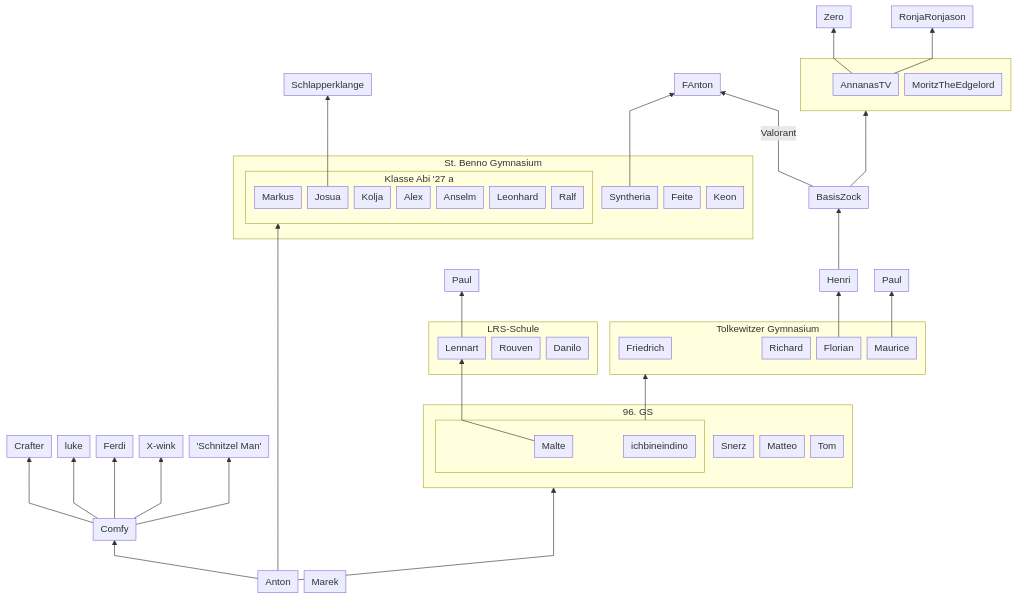
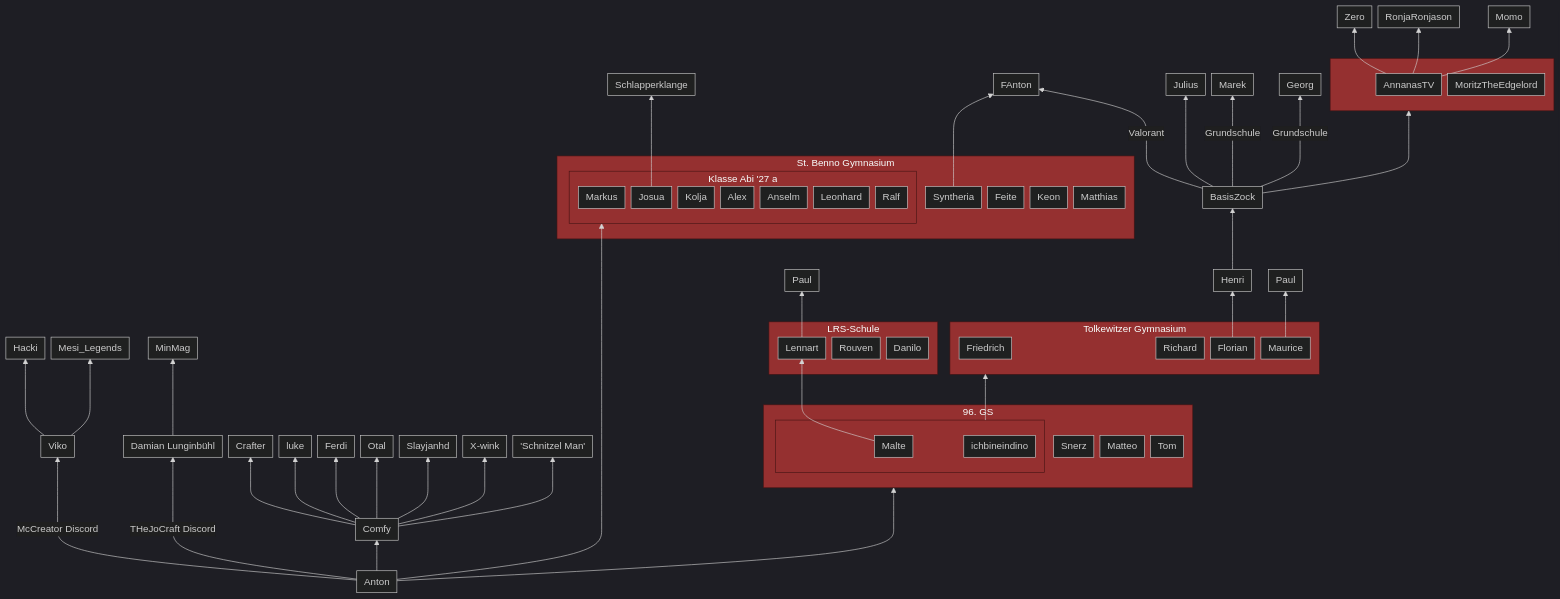
One commit to Blazes-Meta/assets changed the diagram in Stammbaum.md. Above: the diagram before and after it, drawn with Mermaid.

```diff
--- a/Stammbaum.md
+++ b/Stammbaum.md
@@ -2,16 +2,24 @@
 ---
 config:
     flowchart:
-        curve: linear
+        curve: basis
         nodeSpacing: 10
         rankSpacing: 50
         padding: 6
+    theme: dark
+    themeVariables:
+        edgeLabelBackground: '#1f1f1fff'
+        clusterBkg: '#953030ff'
+        clusterBorder: '#451414ff'
 ---
 flowchart BT
 
 Annhilati[Anton]
-
-Marek
+Annhilati -- McCreator Discord ---> controllmaster[Viko]
+Annhilati -- THeJoCraft Discord ---> Wasserschaden[Damian Lunginbühl]
+Wasserschaden --> MinMag
+controllmaster --> Hacki
+controllmaster --> Mesi_Legends
 
 %% BEGINN Kontext St. Benno Gymnasium
 
@@ -30,6 +38,7 @@
     Syntheria
     Feite
     PearlyPinky[Keon]
+    Matthias
 end
 Syntheria --> FAnton
 
@@ -74,9 +83,14 @@
     Danilo[Danilo]
 end
 
+%% BEGINN Kontext BasisZock
+
 Henri --> BasisZock
 BasisZock --> BasisZockViewer
 BasisZock -- Valorant --> FAnton
+BasisZock --> TheVoid[Julius]
+BasisZock -- Grundschule --> SirHelius[Marek]
+BasisZock -- Grundschule --> Googelha[Georg]
 subgraph BasisZockViewer [ ]
     AnnanasTV
     MoritzTheEdgelord
@@ -84,6 +98,7 @@
 
 AnnanasTV --> Zero
 AnnanasTV --> RonjaRonjason
+AnnanasTV --> Momo
 
 %% BEGINN Kontext Comfy
 
@@ -91,6 +106,8 @@
 Comfy --> Crafter
 Comfy --> luke
 Comfy --> Ferdi
+Comfy --> Otal
+Comfy --> Slayjanhd
 Comfy --> Xwink[X-wink]
 Comfy --> Arabroke['Schnitzel Man']
 
```
